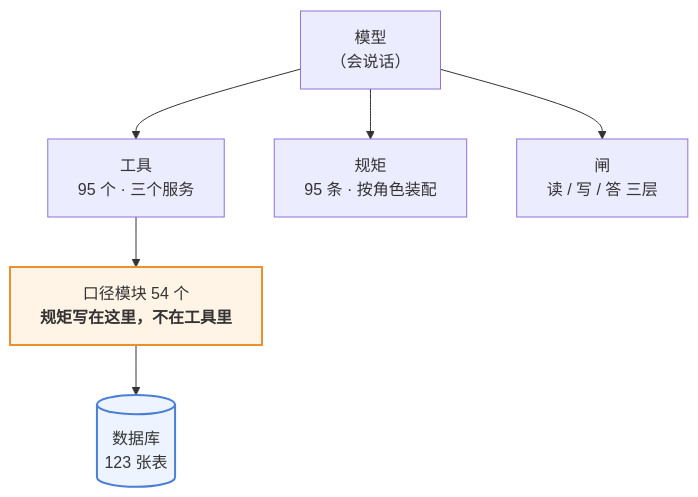
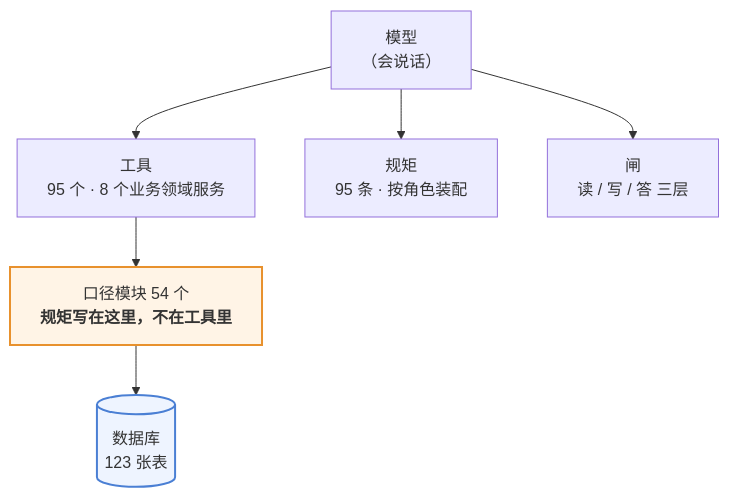
The first of 3 diagrams in 澜绣云裳agent-产品说明.md (843773296-rgb/lanxiu-yunshang-agent), drawn with Mermaid before and after one commit. The commit also changed other lines of this file and 18 other files, not shown here.

````diff
--- a/澜绣云裳agent-产品说明.md
+++ b/澜绣云裳agent-产品说明.md
@@ -62,12 +62,12 @@
 ```mermaid
 flowchart TD
     M["模型<br/>（会说话）"]
-    M --> T["工具<br/>95 个 · 三个服务"]
+    M --> T["工具<br/>95 个 · 8 个业务领域服务"]
     M --> R["规矩<br/>95 条 · 按角色装配"]
     M --> G["闸<br/>读 / 写 / 答 三层"]
     T --> K["口径模块 54 个<br/><b>规矩写在这里，不在工具里</b>"]
     K --> DB[("数据库<br/>123 张表")]
 
     style K fill:#fff4e6,stroke:#e8912d,stroke-width:2px
     style DB fill:#eef4ff,stroke:#4a7fd4,stroke-width:2px
 ```
````
